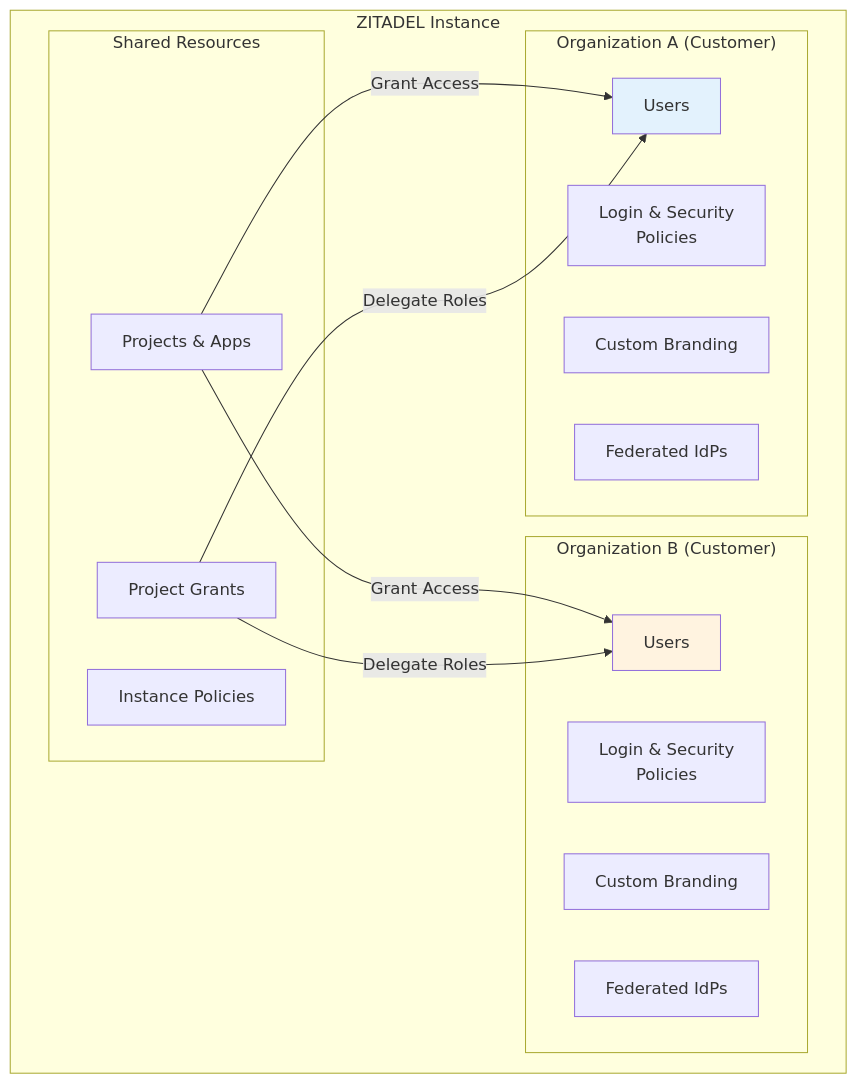
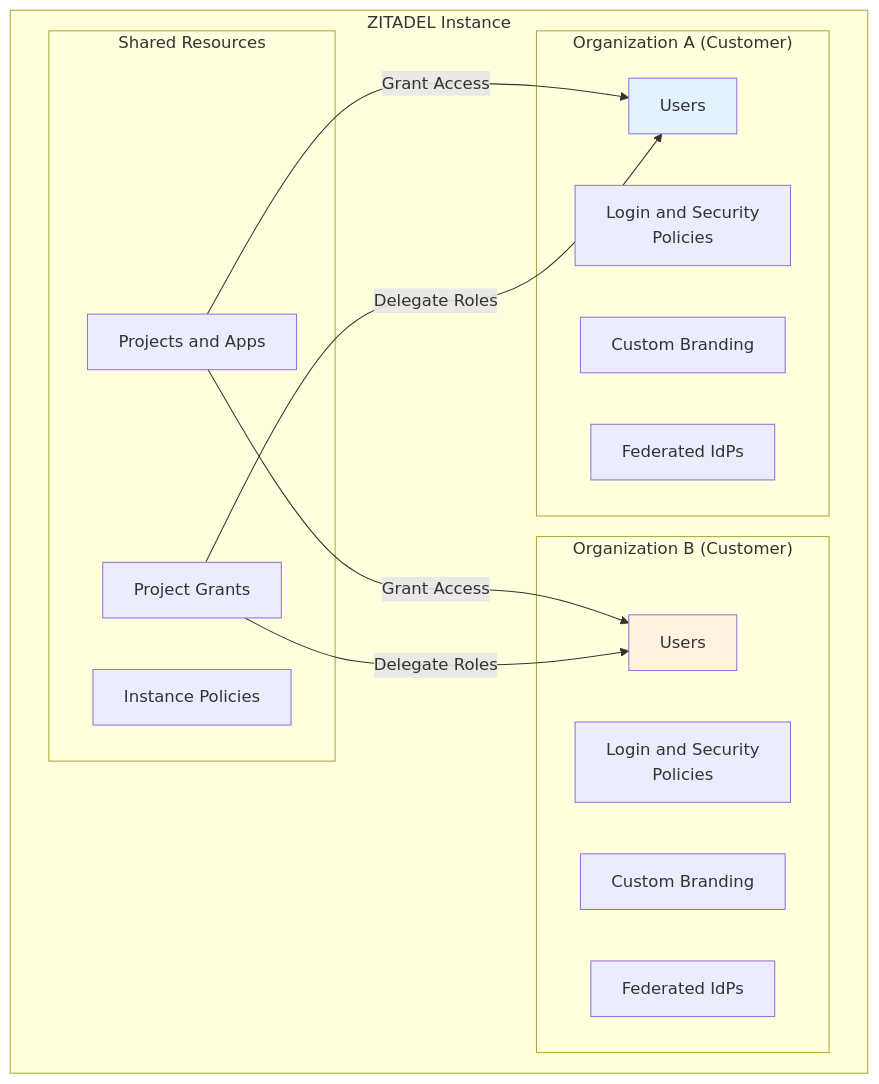
One commit to quochuydev/quochuydev changed the fourth of 12 diagrams in ai/zitadel-overview.md. Above: the diagram before and after it, drawn with Mermaid. The commit also changed other lines of this file, not shown here.

````diff
--- a/ai/zitadel-overview.md
+++ b/ai/zitadel-overview.md
@@ -188,32 +188,32 @@
 ```mermaid
 graph TB
     subgraph "ZITADEL Instance"
         subgraph "Organization A (Customer)"
             UsersA[Users]
-            PoliciesA[Login & Security<br/>Policies]
+            PoliciesA[Login and Security<br/>Policies]
             BrandingA[Custom Branding]
             IdPsA[Federated IdPs]
         end
 
         subgraph "Organization B (Customer)"
             UsersB[Users]
-            PoliciesB[Login & Security<br/>Policies]
+            PoliciesB[Login and Security<br/>Policies]
             BrandingB[Custom Branding]
             IdPsB[Federated IdPs]
         end
 
         subgraph "Shared Resources"
-            Projects[Projects & Apps]
+            Projects[Projects and Apps]
             Grants[Project Grants]
             GlobalPolicies[Instance Policies]
         end
     end
 
     Projects -->|Grant Access| UsersA
     Projects -->|Grant Access| UsersB
     Grants -->|Delegate Roles| UsersA
     Grants -->|Delegate Roles| UsersB
 
     style UsersA fill:#E3F2FD
     style UsersB fill:#FFF3E0
 ```
````
